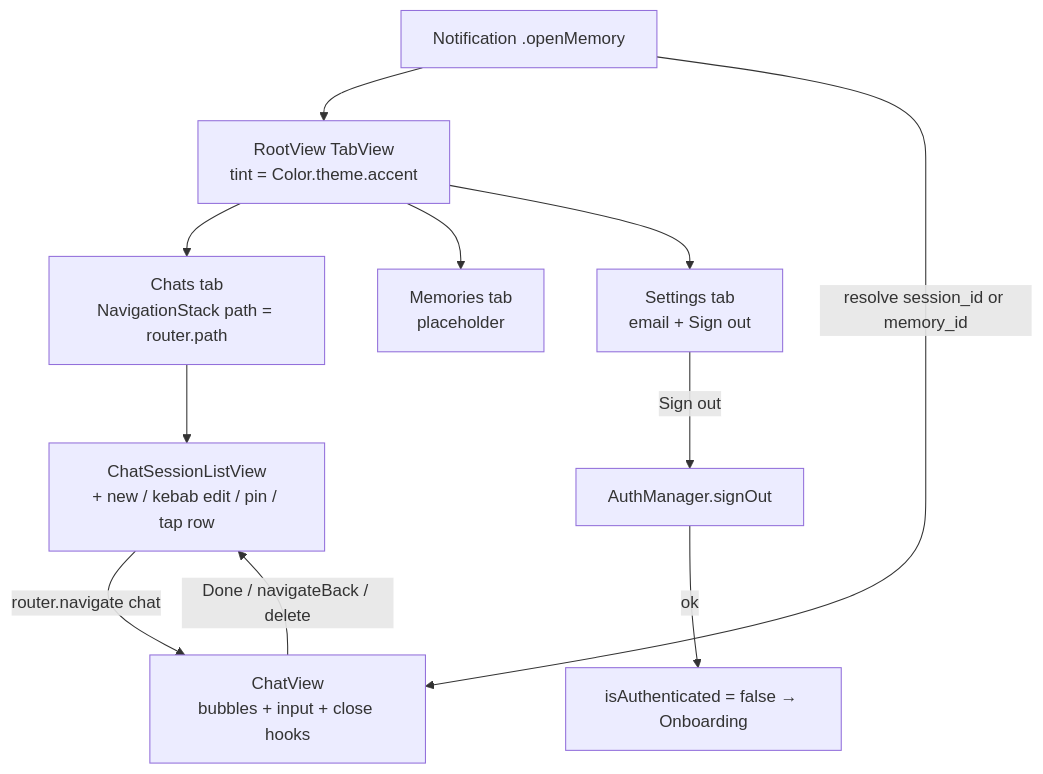
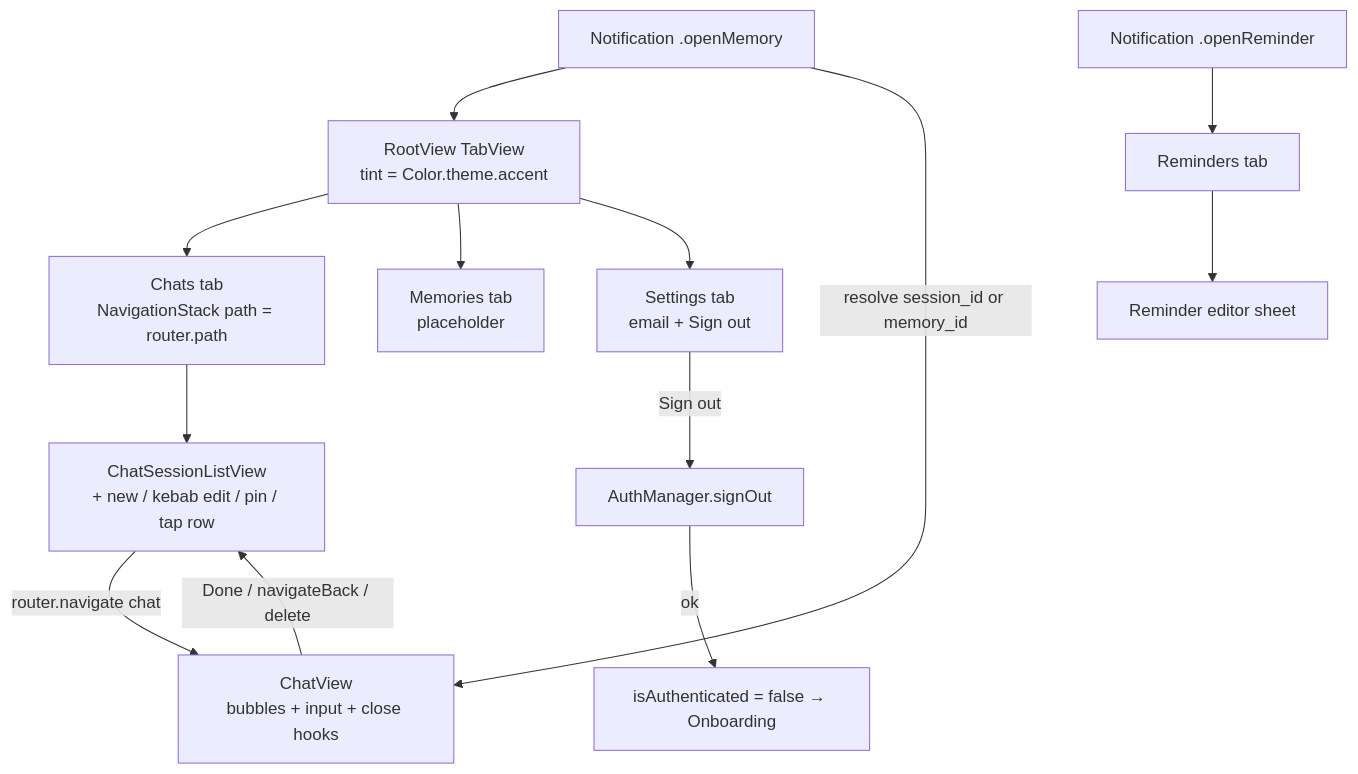
The fifth of 6 diagrams in docs/design/app-flow.md (Shayokh144/Mind_Mapper), drawn with Mermaid before and after one commit. The commit also changed other lines of this file and 50 other files, not shown here.

````diff
--- a/docs/design/app-flow.md
+++ b/docs/design/app-flow.md
@@ -144,13 +144,15 @@
 ```mermaid
 flowchart TD
     R["RootView TabView<br/>tint = Color.theme.accent"] --> C["Chats tab<br/>NavigationStack path = router.path"]
     R --> M["Memories tab<br/>placeholder"]
     R --> S["Settings tab<br/>email + Sign out"]
     C --> L["ChatSessionListView<br/>+ new / kebab edit / pin / tap row"]
     L -->|router.navigate chat| Chat["ChatView<br/>bubbles + input + close hooks"]
     Chat -->|Done / navigateBack / delete| L
     S -->|Sign out| SO["AuthManager.signOut"]
     SO -->|ok| O["isAuthenticated = false → Onboarding"]
     N["Notification .openMemory"] --> R
     N -->|resolve session_id or memory_id| Chat
+    RemTab["Reminders tab"] --> Editor["Reminder editor sheet"]
+    NR["Notification .openReminder"] --> RemTab
 ```
````
